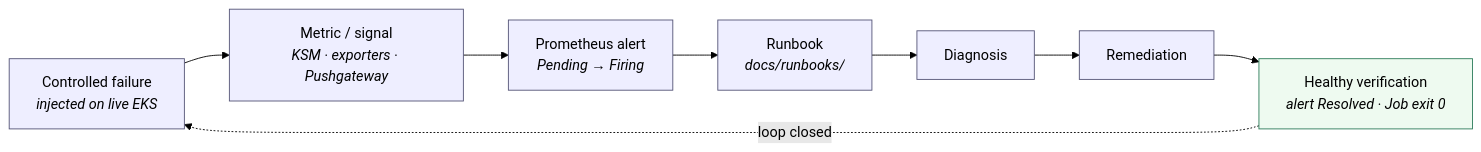
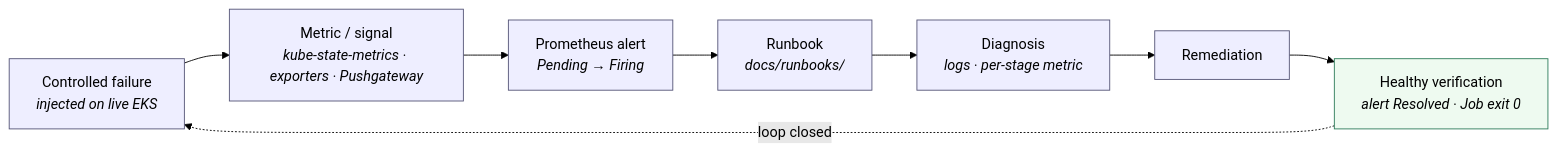
The second of 2 diagrams in docs/case-study.md (asadhanif3188/MLOps-Project-01-End-to-End-Machine-Learning-Pipeline), drawn with Mermaid (forest theme) before and after one commit. The commit also changed other lines of this file and 4 other files, not shown here.

First line of the commit message:
docs(architecture): sharpen diagram accuracy after second-eye review

````diff
--- a/docs/case-study.md
+++ b/docs/case-study.md
@@ -344,15 +344,15 @@
 ```mermaid
 flowchart LR
-    inject["Controlled failure<br/><i>injected on live EKS</i>"] --> signal["Metric / signal<br/><i>KSM · exporters · Pushgateway</i>"]
+    inject["Controlled failure<br/><i>injected on live EKS</i>"] --> signal["Metric / signal<br/><i>kube-state-metrics · exporters · Pushgateway</i>"]
     signal --> alert["Prometheus alert<br/><i>Pending → Firing</i>"]
     alert --> runbook["Runbook<br/><i>docs/runbooks/</i>"]
-    runbook --> diag["Diagnosis"]
+    runbook --> diag["Diagnosis<br/><i>logs · per-stage metric</i>"]
     diag --> fix["Remediation"]
     fix --> verify["Healthy verification<br/><i>alert Resolved · Job exit 0</i>"]
     verify -. "loop closed" .-> inject
 
     classDef step fill:#eef,stroke:#557,stroke-width:1px;
     classDef good fill:#eefaf0,stroke:#2e7d5b;
     class inject,signal,alert,runbook,diag,fix step;
     class verify good;
 ```
````
